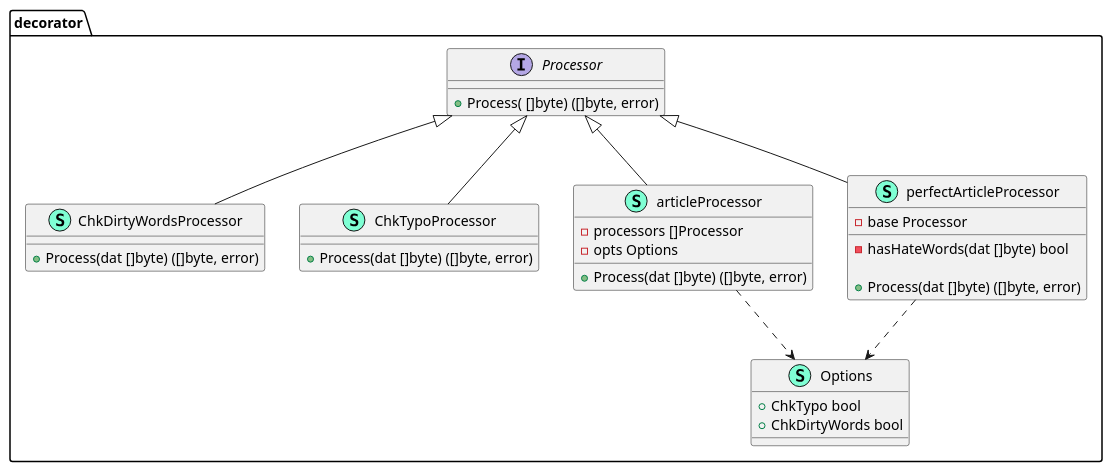
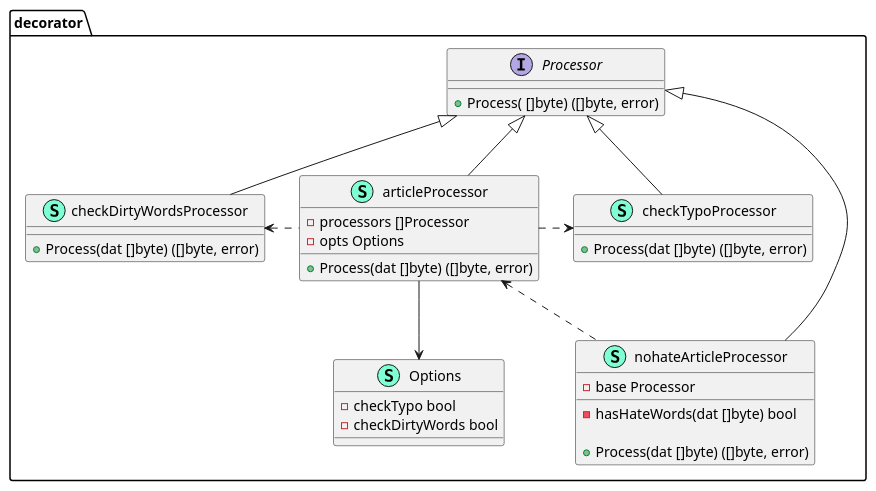
The diagram in structural/4_decorator/file.puml (hitzhangjie/go-patterns), drawn with PlantUML before and after one commit. The commit also changed 4 other files, not shown here.

```diff
--- a/structural/4_decorator/file.puml
+++ b/structural/4_decorator/file.puml
@@ -1,45 +1,47 @@
 @startuml
 namespace decorator {
-    class ChkDirtyWordsProcessor << (S,Aquamarine) >> {
-        + Process(dat []byte) ([]byte, error)
-
-    }
-    class ChkTypoProcessor << (S,Aquamarine) >> {
-        + Process(dat []byte) ([]byte, error)
-
-    }
     class Options << (S,Aquamarine) >> {
-        + ChkTypo bool
-        + ChkDirtyWords bool
+        - checkTypo bool
+        - checkDirtyWords bool
 
     }
     interface Processor  {
         + Process( []byte) ([]byte, error)
 
     }
     class articleProcessor << (S,Aquamarine) >> {
         - processors []Processor
         - opts Options
 
         + Process(dat []byte) ([]byte, error)
 
     }
-    class perfectArticleProcessor << (S,Aquamarine) >> {
+    class checkDirtyWordsProcessor << (S,Aquamarine) >> {
+        + Process(dat []byte) ([]byte, error)
+
+    }
+    class checkTypoProcessor << (S,Aquamarine) >> {
+        + Process(dat []byte) ([]byte, error)
+
+    }
+    class nohateArticleProcessor << (S,Aquamarine) >> {
         - base Processor
 
         - hasHateWords(dat []byte) bool
 
         + Process(dat []byte) ([]byte, error)
 
     }
 }
 
-"decorator.Processor" <|-- "decorator.ChkDirtyWordsProcessor"
-"decorator.Processor" <|-- "decorator.ChkTypoProcessor"
 "decorator.Processor" <|-- "decorator.articleProcessor"
-"decorator.Processor" <|-- "decorator.perfectArticleProcessor"
+"decorator.Processor" <|-- "decorator.checkDirtyWordsProcessor"
+"decorator.Processor" <|-- "decorator.checkTypoProcessor"
+"decorator.articleProcessor" .left.> "decorator.checkDirtyWordsProcessor"
+"decorator.articleProcessor" .right.> "decorator.checkTypoProcessor"
+"decorator.articleProcessor" -down-> "decorator.Options"
 
-"decorator.articleProcessor" ..> "decorator.Options"
-"decorator.perfectArticleProcessor" ..> "decorator.Options"
+"decorator.Processor" <|-- "decorator.nohateArticleProcessor"
+"decorator.nohateArticleProcessor" .up.> "decorator.articleProcessor"
 
 @enduml
```
